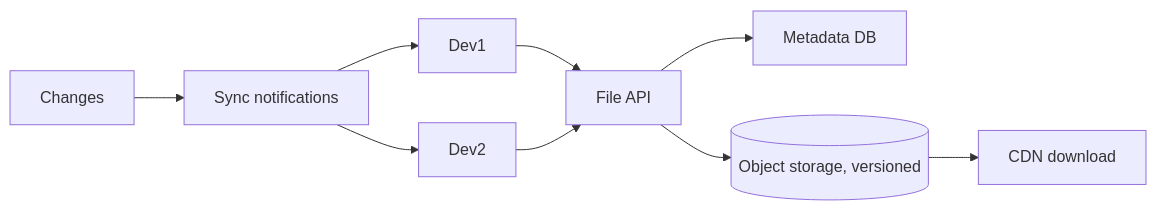
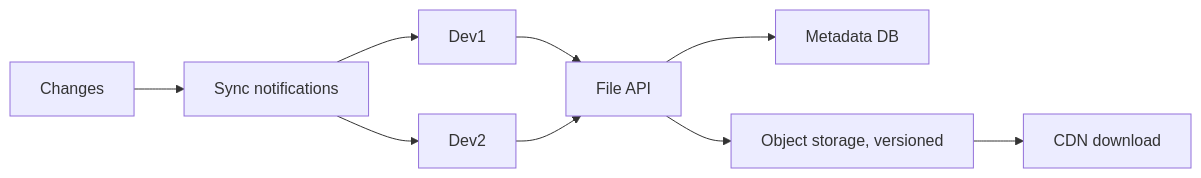
The first of 4 diagrams in case-studies/advanced/cloud-file-storage.md (RIT-MESH/system-design-mastery), drawn with Mermaid before and after one commit. The commit also changed 139 other files, not shown here.

First line of the commit message:
Fix Mermaid parse errors: replace parentheses in node labels across 140 files

````diff
--- a/case-studies/advanced/cloud-file-storage.md
+++ b/case-studies/advanced/cloud-file-storage.md
@@ -54,9 +54,9 @@
 ```mermaid
 %% created-for: system-design-mastery
 flowchart LR
   Dev1 & Dev2 --> API[File API]
   API --> Meta[Metadata DB]
-  API --> Obj[(Object storage, versioned)]
+  API --> Obj[Object storage, versioned]
   Obj --> CDN[CDN download]
   Changes --> Notif[Sync notifications] --> Dev1 & Dev2
 ```
````
